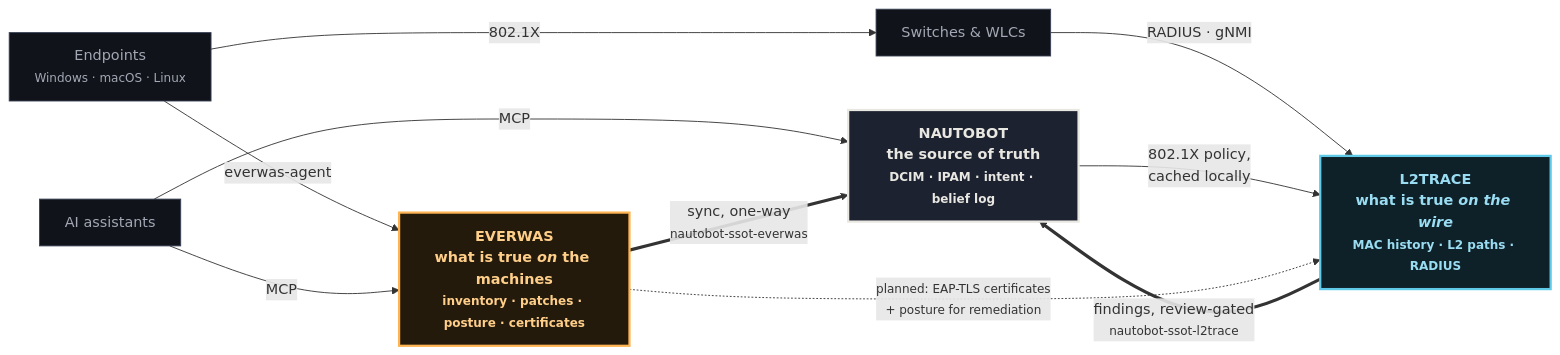
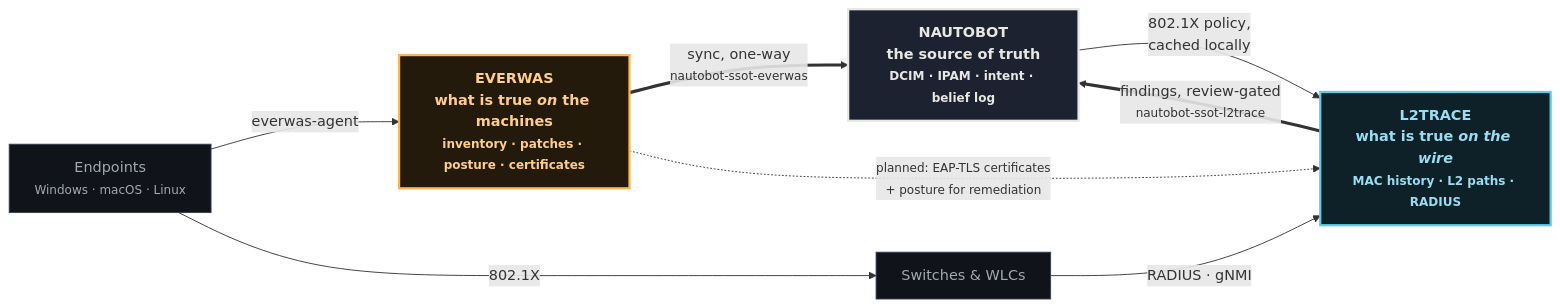
The second of 2 diagrams in docsite/src/content/docs/concepts/architecture.md (everwas/everwas), drawn with Mermaid before and after one commit.

Commit message:
The constellation loses the AI assistants node
Five nodes now. The MCP surfaces are documented where they belong (the
pieces diagram above, the MCP guide); the constellation is about the
three systems and the edge they observe.

````diff
--- a/docsite/src/content/docs/concepts/architecture.md
+++ b/docsite/src/content/docs/concepts/architecture.md
@@ -99,27 +99,24 @@
 ```mermaid
 %%{init: {"flowchart": {"nodeSpacing": 60, "rankSpacing": 90, "curve": "basis", "padding": 14}, "themeVariables": {"fontSize": "16px"}}}%%
 flowchart LR
   classDef amber fill:#241a0c,stroke:#ffb454,stroke-width:2.5px,color:#ffcf8a,font-weight:bold
   classDef cyan fill:#0e2129,stroke:#5fc9e8,stroke-width:2.5px,color:#9addf2,font-weight:bold
   classDef truth fill:#1d2230,stroke:#e9e7e1,stroke-width:2.5px,color:#e9e7e1,font-weight:bold
   classDef edge fill:#10131a,stroke:#384053,color:#a3a8b4
 
   EP["Endpoints<br/><small>Windows · macOS · Linux</small>"]:::edge
   SW["Switches & WLCs"]:::edge
-  AI["AI assistants"]:::edge
 
   EW["<b>EVERWAS</b><br/>what is true <i>on</i> the machines<br/><small>inventory · patches · posture · certificates</small>"]:::amber
   L2["<b>L2TRACE</b><br/>what is true <i>on the wire</i><br/><small>MAC history · L2 paths · RADIUS</small>"]:::cyan
   NB["<b>NAUTOBOT</b><br/>the source of truth<br/><small>DCIM · IPAM · intent · belief log</small>"]:::truth
 
   EP -->|"everwas-agent"| EW
   EP -->|"802.1X"| SW
   SW -->|"RADIUS · gNMI"| L2
-  AI -->|"MCP"| EW
-  AI -->|"MCP"| NB
 
   EW ==>|"sync, one-way<br/><small>nautobot-ssot-everwas</small>"| NB
   L2 ==>|"findings, review-gated<br/><small>nautobot-ssot-l2trace</small>"| NB
   NB -->|"802.1X policy,<br/>cached locally"| L2
   EW -.->|"<small>planned: EAP-TLS certificates<br/>+ posture for remediation</small>"| L2
 ```
````
